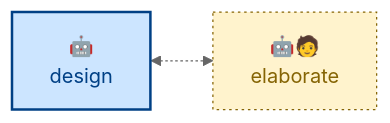
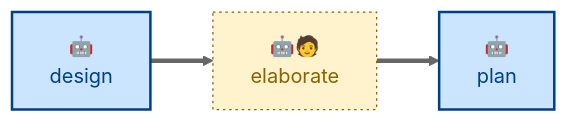
The diagram in skills/elaborate/README.md (kieranpotts/skills), drawn with Mermaid (neutral theme) before and after one commit. The commit also changed other lines of this file and 21 other files, not shown here.

````diff
--- a/skills/elaborate/README.md
+++ b/skills/elaborate/README.md
@@ -37,14 +34,16 @@
 ```mermaid
 flowchart LR
   %% Node labels and classes.
   design["🤖<br/>design"]:::agentic
   elaborate["🤖🧑<br/>elaborate"]:::anthropic
+  plan["🤖<br/>plan"]:::agentic
 
   %% Main workflow sequence.
-  design <-.-> elaborate
+  design ==> elaborate
+  elaborate ==> plan
 
   %% Class definitions.
   classDef agentic fill:#cce5ff,stroke:#004085,color:#004085,stroke-width:2px
   classDef scripted fill:#e2e3e5,stroke:#4b5157,color:#383d41,stroke-width:2px
   classDef anthropic fill:#fff3cd,stroke:#856404,color:#856404,stroke-width:1px,stroke-dasharray:2 3
 ```
````
